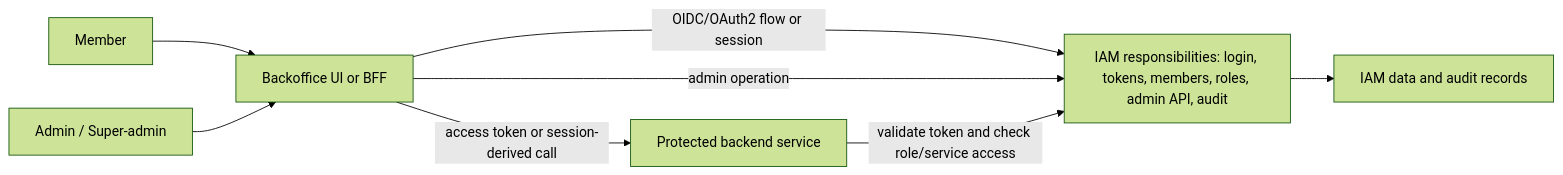
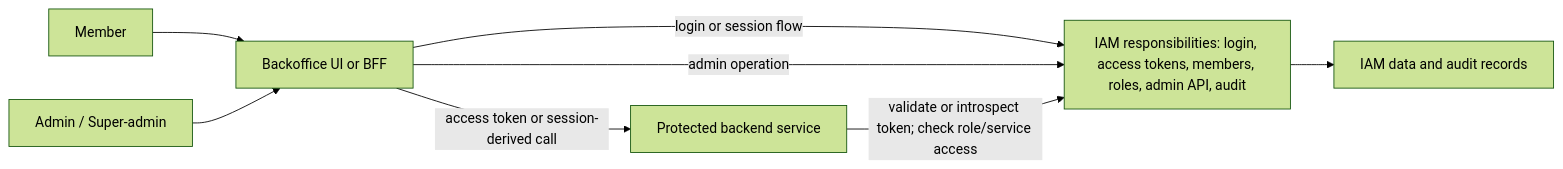
One commit to panaC/edrlab-backoffice-auth-study changed the diagram in docs/architecture/options.md. Above: the diagram before and after it, drawn with Mermaid (forest theme). The commit also changed other lines of this file and 5 other files, not shown here.

````diff
--- a/docs/architecture/options.md
+++ b/docs/architecture/options.md
@@ -40,17 +67,17 @@
 ```mermaid
 flowchart LR
     Admin["Admin / Super-admin"]
     Member["Member"]
     Backoffice["Backoffice UI or BFF"]
-    IAM["IAM responsibilities: login, tokens, members, roles, admin API, audit"]
+    IAM["IAM responsibilities: login, access tokens, members, roles, admin API, audit"]
     API["Protected backend service"]
     Data["IAM data and audit records"]
 
     Member --> Backoffice
     Admin --> Backoffice
-    Backoffice -->|"OIDC/OAuth2 flow or session"| IAM
+    Backoffice -->|"login or session flow"| IAM
     Backoffice -->|"admin operation"| IAM
     IAM --> Data
     Backoffice -->|"access token or session-derived call"| API
-    API -->|"validate token and check role/service access"| IAM
+    API -->|"validate or introspect token; check role/service access"| IAM
 ```
````
